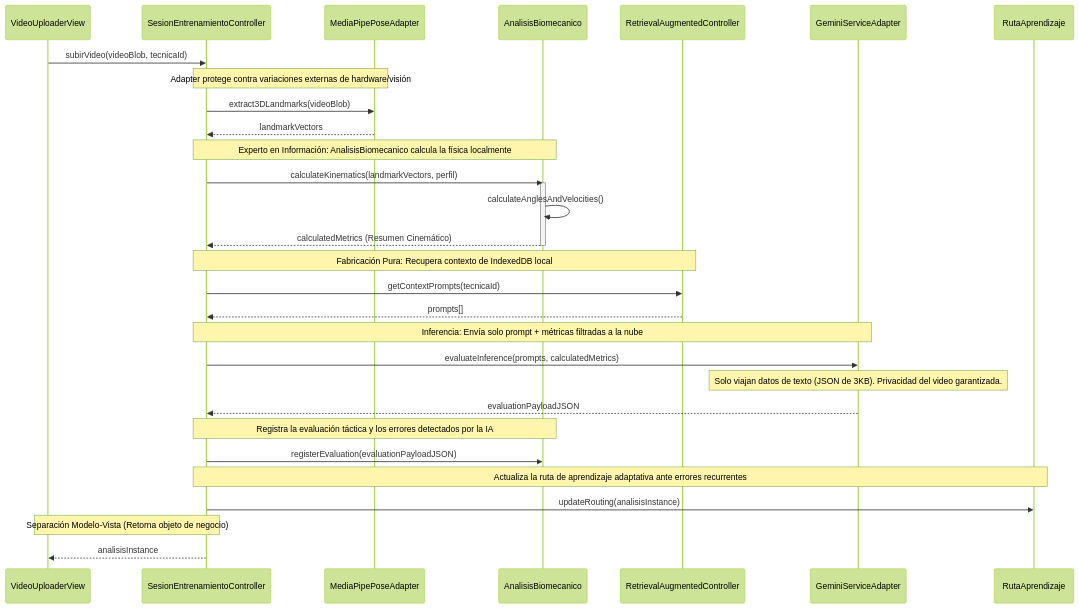
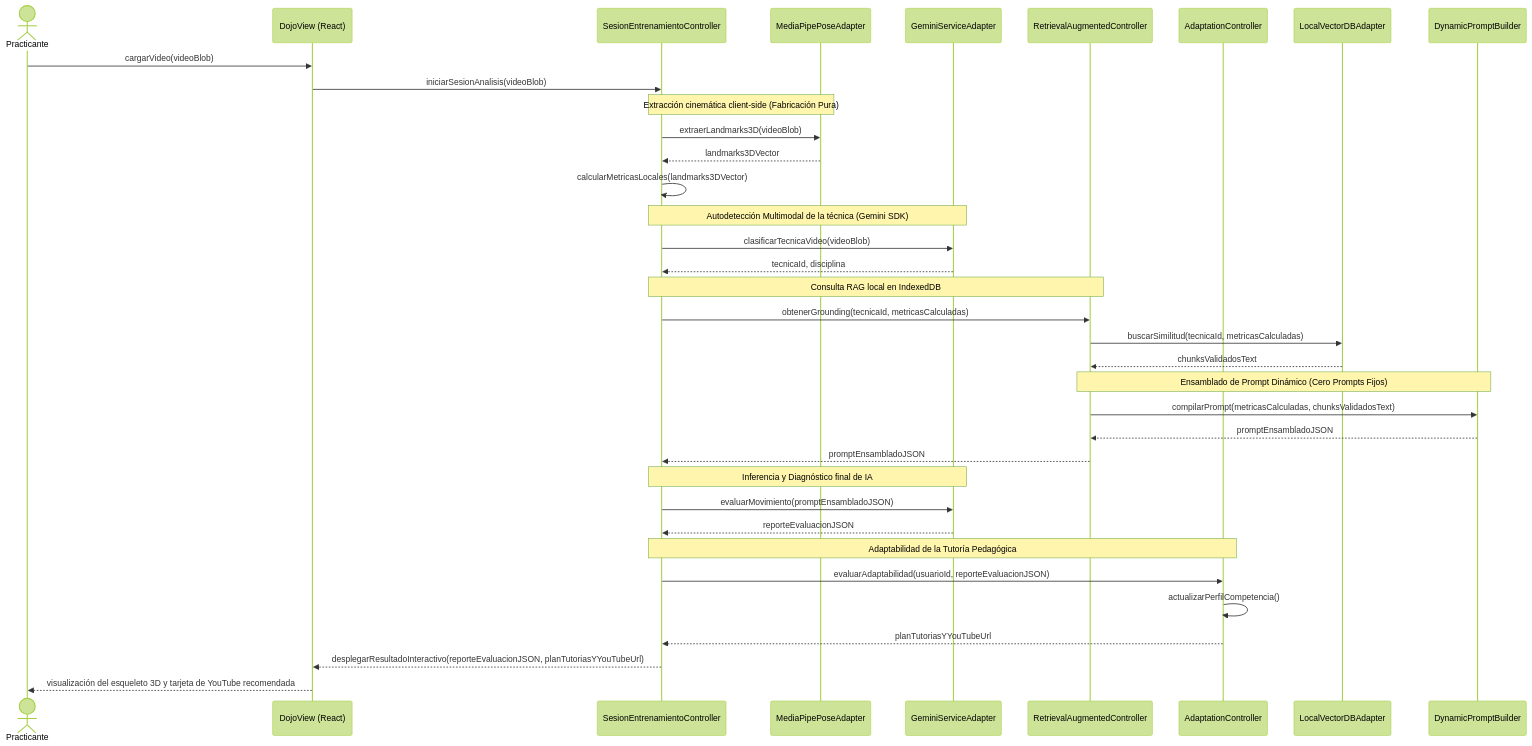
One commit to Tsmrain/Documentacion changed the eighth of 11 diagrams in README.md. Above: the diagram before and after it, drawn with Mermaid (forest theme). The commit also changed other lines of this file, not shown here.

````diff
--- a/README.md
+++ b/README.md
@@ -891,41 +960,46 @@
 ```mermaid
 sequenceDiagram
-    participant UI as VideoUploaderView
-    participant Ctrl as SesionEntrenamientoController
-    participant MP as MediaPipePoseAdapter
-    participant Eval as AnalisisBiomecanico
-    participant RAG as RetrievalAugmentedController
-    participant LLM as GeminiServiceAdapter
-    participant Ruta as RutaAprendizaje
-
-    UI->>Ctrl: subirVideo(videoBlob, tecnicaId)
+    actor Practicante
+    participant UI as DojoView (React)
+    participant SEC as SesionEntrenamientoController
+    participant MPA as MediaPipePoseAdapter
+    participant GSA as GeminiServiceAdapter
+    participant RAC as RetrievalAugmentedController
+    participant ADC as AdaptationController
+    participant VDB as LocalVectorDBAdapter
+    participant TPB as DynamicPromptBuilder
     
-    Note over Ctrl,MP: Adapter protege contra variaciones externas de hardware/visión
-    Ctrl->>MP: extract3DLandmarks(videoBlob)
-    MP-->>Ctrl: landmarkVectors
+    Practicante->>UI: cargarVideo(videoBlob)
+    UI->>SEC: iniciarSesionAnalisis(videoBlob)
     
-    Note over Ctrl,Eval: Experto en Información: AnalisisBiomecanico calcula la física localmente
-    Ctrl->>Eval: calculateKinematics(landmarkVectors, perfil)
-    activate Eval
-    Eval->>Eval: calculateAnglesAndVelocities()
-    Eval-->>Ctrl: calculatedMetrics (Resumen Cinemático)
-    deactivate Eval
+    Note over SEC,MPA: Extracción cinemática client-side (Fabricación Pura)
+    SEC->>MPA: extraerLandmarks3D(videoBlob)
+    MPA-->>SEC: landmarks3DVector
+    SEC->>SEC: calcularMetricasLocales(landmarks3DVector)
     
-    Note over Ctrl,RAG: Fabricación Pura: Recupera contexto de IndexedDB local
-    Ctrl->>RAG: getContextPrompts(tecnicaId)
-    RAG-->>Ctrl: prompts[]
+    Note over SEC,GSA: Autodetección Multimodal de la técnica (Gemini SDK)
+    SEC->>GSA: clasificarTecnicaVideo(videoBlob)
+    GSA-->>SEC: tecnicaId, disciplina
     
-    Note over Ctrl,LLM: Inferencia: Envía solo prompt + métricas filtradas a la nube
-    Ctrl->>LLM: evaluateInference(prompts, calculatedMetrics)
-    Note over LLM,LLM: Solo viajan datos de texto (JSON de 3KB). Privacidad del video garantizada.
-    LLM-->>Ctrl: evaluationPayloadJSON
+    Note over SEC,RAC: Consulta RAG local en IndexedDB
+    SEC->>RAC: obtenerGrounding(tecnicaId, metricasCalculadas)
+    RAC->>VDB: buscarSimilitud(tecnicaId, metricasCalculadas)
+    VDB-->>RAC: chunksValidadosText
     
-    Note over Ctrl,Eval: Registra la evaluación táctica y los errores detectados por la IA
-    Ctrl->>Eval: registerEvaluation(evaluationPayloadJSON)
+    Note over RAC,TPB: Ensamblado de Prompt Dinámico (Cero Prompts Fijos)
+    RAC->>TPB: compilarPrompt(metricasCalculadas, chunksValidadosText)
+    TPB-->>RAC: promptEnsambladoJSON
+    RAC-->>SEC: promptEnsambladoJSON
     
-    Note over Ctrl,Ruta: Actualiza la ruta de aprendizaje adaptativa ante errores recurrentes
-    Ctrl->>Ruta: updateRouting(analisisInstance)
+    Note over SEC,GSA: Inferencia y Diagnóstico final de IA
+    SEC->>GSA: evaluarMovimiento(promptEnsambladoJSON)
+    GSA-->>SEC: reporteEvaluacionJSON
     
-    Note over Ctrl,UI: Separación Modelo-Vista (Retorna objeto de negocio)
-    Ctrl-->>UI: analisisInstance
+    Note over SEC,ADC: Adaptabilidad de la Tutoría Pedagógica
+    SEC->>ADC: evaluarAdaptabilidad(usuarioId, reporteEvaluacionJSON)
+    ADC->>ADC: actualizarPerfilCompetencia()
+    ADC-->>SEC: planTutoriasYYouTubeUrl
+    
+    SEC-->>UI: desplegarResultadoInteractivo(reporteEvaluacionJSON, planTutoriasYYouTubeUrl)
+    UI-->>Practicante: visualización del esqueleto 3D y tarjeta de YouTube recomendada
 ```
````
